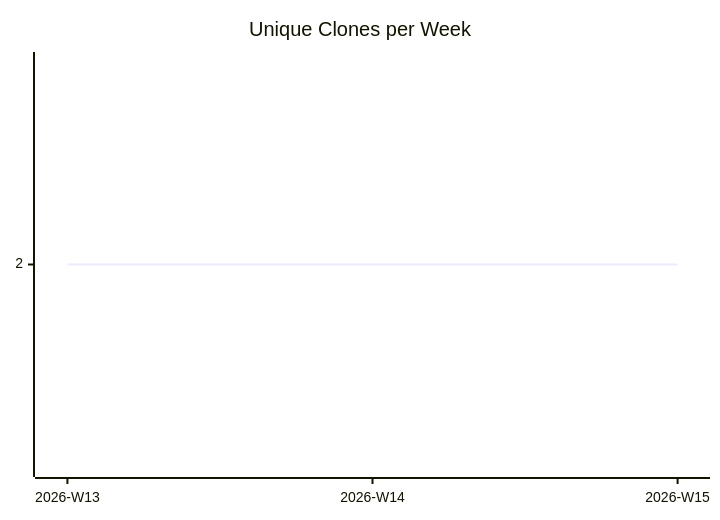
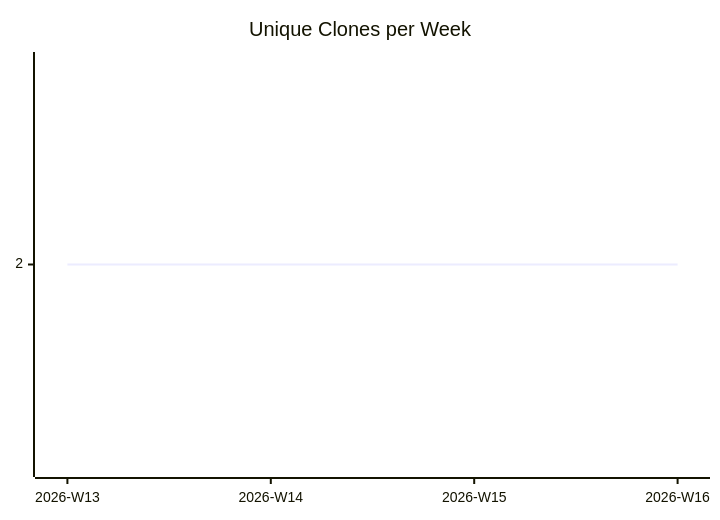
Before and after one commit to justdavis-family/github-analytics-data: the third of 3 diagrams in karlmdavis/rps-tourney/README.md, drawn with Mermaid. The commit also changed other lines of this file and 173 other files, not shown here.

````diff
--- a/karlmdavis/rps-tourney/README.md
+++ b/karlmdavis/rps-tourney/README.md
@@ -19,6 +19,6 @@
 ```mermaid
 xychart-beta
   title "Unique Clones per Week"
-  x-axis ["2026-W13", "2026-W14", "2026-W15"]
-  line [2, 2, 2]
+  x-axis ["2026-W13", "2026-W14", "2026-W15", "2026-W16"]
+  line [2, 2, 2, 2]
 ```
````
